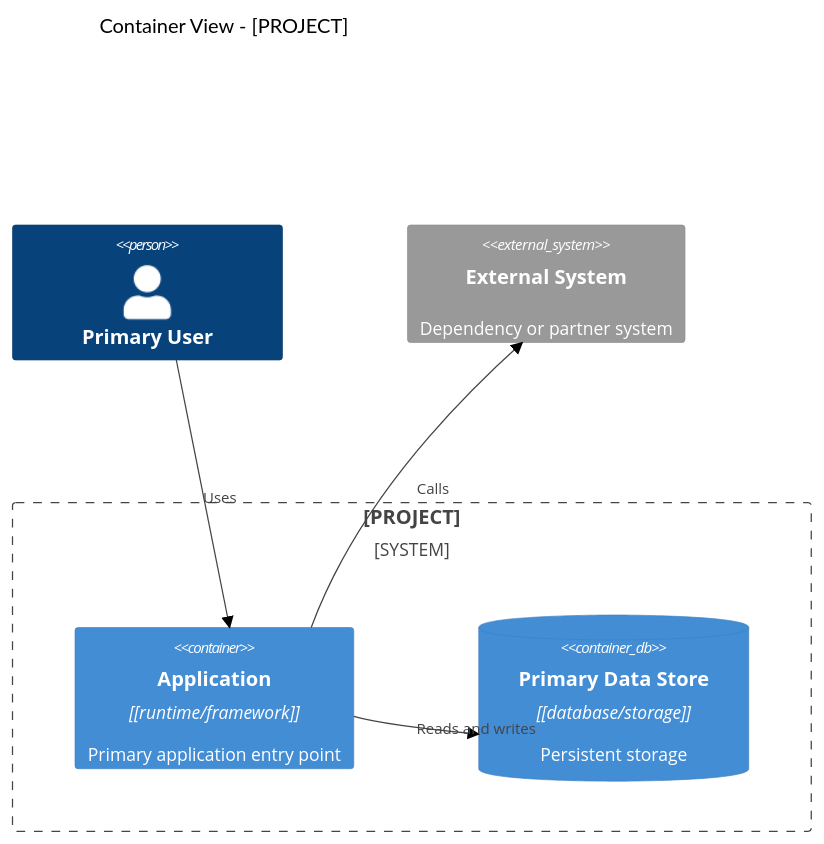
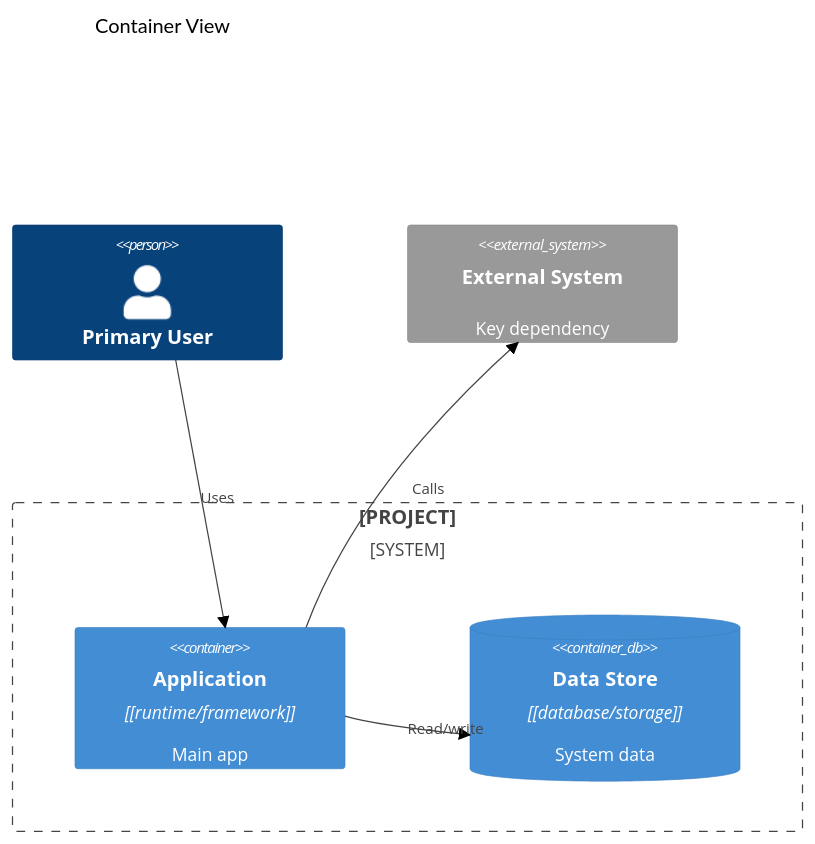
Before and after one commit to attilaszasz/sdd-pilot: the second of 5 diagrams in .github/skills/system-design/assets/sad-template.md, drawn with Mermaid (forest theme). The commit also changed other lines of this file and 4 other files, not shown here.

First line of the commit message:
Refine C4 diagram authoring guidance

````diff
--- a/.github/skills/system-design/assets/sad-template.md
+++ b/.github/skills/system-design/assets/sad-template.md
@@ -39,13 +39,13 @@
 ```mermaid
 C4Container
-    title Container View - [PROJECT]
+    title Container View
     Person(user, "Primary User")
     System_Boundary(system, "[PROJECT]") {
-        Container(app, "Application", "[runtime/framework]", "Primary application entry point")
-        ContainerDb(db, "Primary Data Store", "[database/storage]", "Persistent storage")
+        Container(app, "Application", "[runtime/framework]", "Main app")
+        ContainerDb(db, "Data Store", "[database/storage]", "System data")
     }
-    System_Ext(ext1, "External System", "Dependency or partner system")
+    System_Ext(ext1, "External System", "Key dependency")
     Rel(user, app, "Uses")
-    Rel(app, db, "Reads and writes")
+    Rel(app, db, "Read/write")
     Rel(app, ext1, "Calls")
 ```
````
